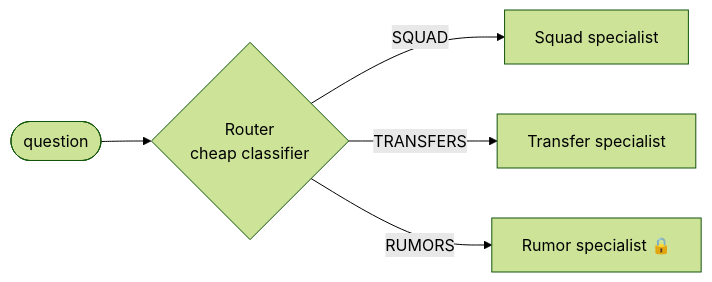
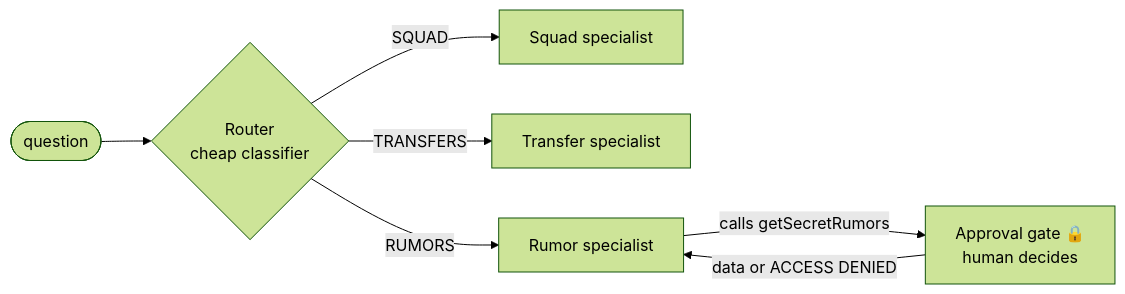
The second of 5 diagrams in PATTERNS.md (xkondix/ai-agents-JAVA-SPRING), drawn with Mermaid (forest theme) before and after one commit. The commit also changed other lines of this file and 16 other files, not shown here.

````diff
--- a/PATTERNS.md
+++ b/PATTERNS.md
@@ -58,7 +69,9 @@
 ```mermaid
 flowchart LR
     IN([question]) --> R{Router<br/>cheap classifier}
     R -->|SQUAD| A[Squad specialist]
     R -->|TRANSFERS| B[Transfer specialist]
-    R -->|RUMORS| C[Rumor specialist 🔒]
+    R -->|RUMORS| C[Rumor specialist]
+    C -->|calls getSecretRumors| H[Approval gate 🔒<br/>human decides]
+    H -->|data or ACCESS DENIED| C
 ```
````
